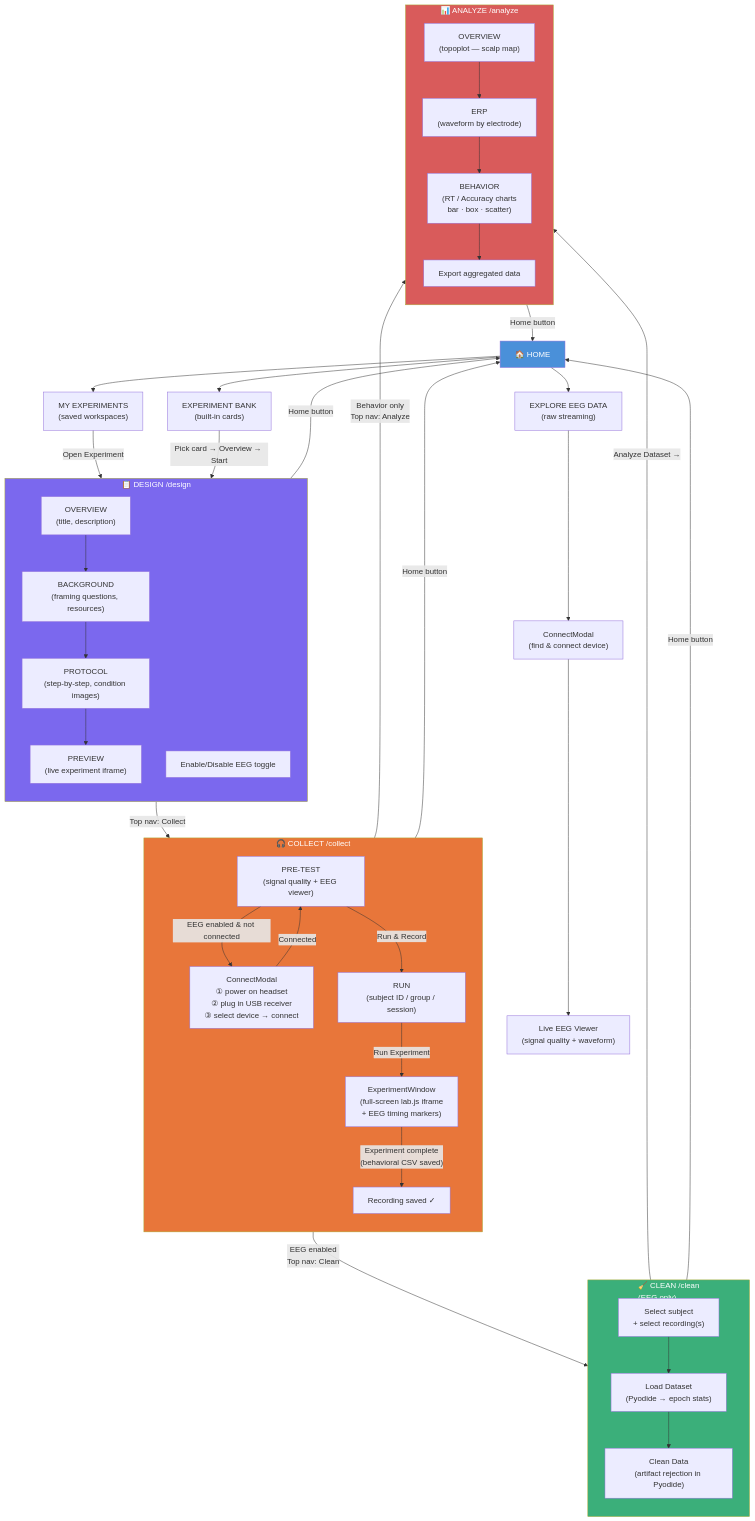
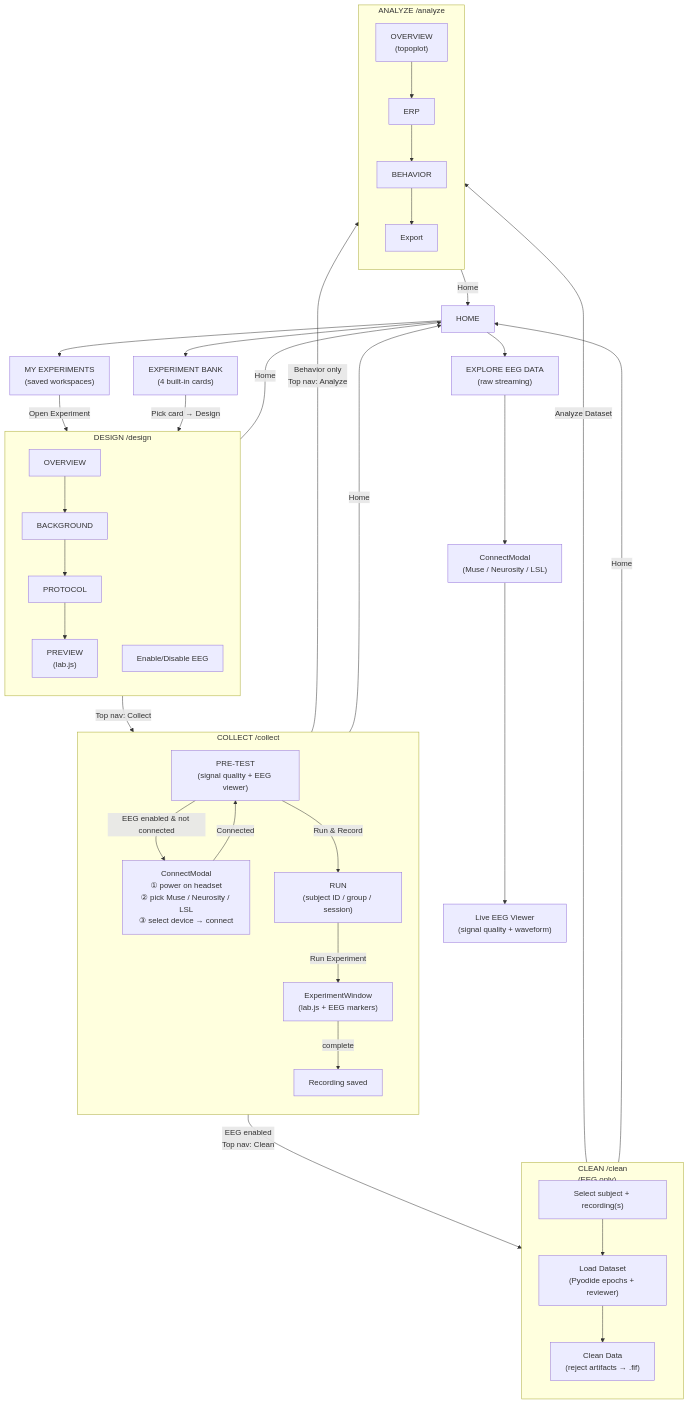
Before and after one commit to makebrainwaves/BrainWaves: the diagram in docs/user-flow.md, drawn with Mermaid. The commit also changed other lines of this file and 25 other files, not shown here.

````diff
--- a/docs/user-flow.md
+++ b/docs/user-flow.md
@@ -7,73 +7,65 @@
 ```mermaid
 flowchart TD
-    HOME["🏠 HOME"]
+    HOME["HOME"]
     HOME --> MY_EXP["MY EXPERIMENTS\n(saved workspaces)"]
-    HOME --> EXP_BANK["EXPERIMENT BANK\n(built-in cards)"]
+    HOME --> EXP_BANK["EXPERIMENT BANK\n(4 built-in cards)"]
     HOME --> EXPLORE["EXPLORE EEG DATA\n(raw streaming)"]
 
     MY_EXP -->|"Open Experiment"| DESIGN
-    EXP_BANK -->|"Pick card → Overview → Start"| DESIGN
+    EXP_BANK -->|"Pick card → Design"| DESIGN
 
-    EXPLORE --> CONNECT_MODAL_EXP["ConnectModal\n(find & connect device)"]
+    EXPLORE --> CONNECT_MODAL_EXP["ConnectModal\n(Muse / Neurosity / LSL)"]
     CONNECT_MODAL_EXP --> EEG_EXPLORE["Live EEG Viewer\n(signal quality + waveform)"]
 
-    subgraph DESIGN ["📋 DESIGN  /design"]
+    subgraph DESIGN ["DESIGN  /design"]
         direction TB
-        D_OV["OVERVIEW\n(title, description)"]
-        D_BG["BACKGROUND\n(framing questions, resources)"]
-        D_PR["PROTOCOL\n(step-by-step, condition images)"]
-        D_PV["PREVIEW\n(live experiment iframe)"]
+        D_OV["OVERVIEW"]
+        D_BG["BACKGROUND"]
+        D_PR["PROTOCOL"]
+        D_PV["PREVIEW\n(lab.js)"]
         D_OV --> D_BG --> D_PR --> D_PV
-        EEG_TOGGLE["Enable/Disable EEG toggle"]
+        EEG_TOGGLE["Enable/Disable EEG"]
     end
 
     DESIGN -->|"Top nav: Collect"| COLLECT
 
-    subgraph COLLECT ["🎧 COLLECT  /collect"]
+    subgraph COLLECT ["COLLECT  /collect"]
         direction TB
         PRE_TEST["PRE-TEST\n(signal quality + EEG viewer)"]
-        CONNECT_MODAL["ConnectModal\n① power on headset\n② plug in USB receiver\n③ select device → connect"]
+        CONNECT_MODAL["ConnectModal\n① power on headset\n② pick Muse / Neurosity / LSL\n③ select device → connect"]
         PRE_TEST -->|"EEG enabled & not connected"| CONNECT_MODAL
         CONNECT_MODAL -->|"Connected"| PRE_TEST
         PRE_TEST -->|"Run & Record"| RUN
         RUN["RUN\n(subject ID / group / session)"]
-        EXP_WINDOW["ExperimentWindow\n(full-screen lab.js iframe\n+ EEG timing markers)"]
+        EXP_WINDOW["ExperimentWindow\n(lab.js + EEG markers)"]
         RUN -->|"Run Experiment"| EXP_WINDOW
-        EXP_WINDOW -->|"Experiment complete\n(behavioral CSV saved)"| DONE_COLLECT["Recording saved ✓"]
+        EXP_WINDOW -->|"complete"| DONE_COLLECT["Recording saved"]
     end
 
     DONE_COLLECT -->|"EEG enabled\nTop nav: Clean"| CLEAN
     DONE_COLLECT -->|"Behavior only\nTop nav: Analyze"| ANALYZE
 
-    subgraph CLEAN ["🧹 CLEAN  /clean\n(EEG only)"]
+    subgraph CLEAN ["CLEAN  /clean\n(EEG only)"]
         direction TB
-        CL_SEL["Select subject\n+ select recording(s)"]
-        CL_LOAD["Load Dataset\n(Pyodide → epoch stats)"]
-        CL_CLEAN["Clean Data\n(artifact rejection in Pyodide)"]
+        CL_SEL["Select subject + recording(s)"]
+        CL_LOAD["Load Dataset\n(Pyodide epochs + reviewer)"]
+        CL_CLEAN["Clean Data\n(reject artifacts → .fif)"]
         CL_SEL --> CL_LOAD --> CL_CLEAN
     end
 
-    CLEAN -->|"Analyze Dataset →"| ANALYZE
+    CLEAN -->|"Analyze Dataset"| ANALYZE
 
-    subgraph ANALYZE ["📊 ANALYZE  /analyze"]
+    subgraph ANALYZE ["ANALYZE  /analyze"]
         direction TB
-        AN_OV["OVERVIEW\n(topoplot — scalp map)"]
-        AN_ERP["ERP\n(waveform by electrode)"]
-        AN_BEH["BEHAVIOR\n(RT / Accuracy charts\nbar · box · scatter)"]
-        AN_EXP["Export aggregated data"]
-        AN_OV --> AN_ERP
-        AN_ERP --> AN_BEH
-        AN_BEH --> AN_EXP
+        AN_OV["OVERVIEW\n(topoplot)"]
+        AN_ERP["ERP"]
+        AN_BEH["BEHAVIOR"]
+        AN_EXP["Export"]
+        AN_OV --> AN_ERP --> AN_BEH --> AN_EXP
     end
 
-    DESIGN -->|"Home button"| HOME
-    COLLECT -->|"Home button"| HOME
-    CLEAN -->|"Home button"| HOME
-    ANALYZE -->|"Home button"| HOME
-
-    style HOME fill:#4A90D9,color:#fff
-    style DESIGN fill:#7B68EE,color:#fff
-    style COLLECT fill:#E8763A,color:#fff
-    style CLEAN fill:#3BAF7A,color:#fff
-    style ANALYZE fill:#D95B5B,color:#fff
+    DESIGN -->|"Home"| HOME
+    COLLECT -->|"Home"| HOME
+    CLEAN -->|"Home"| HOME
+    ANALYZE -->|"Home"| HOME
 ```
````
